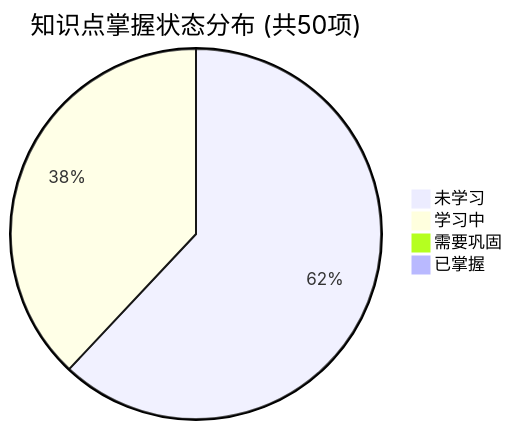
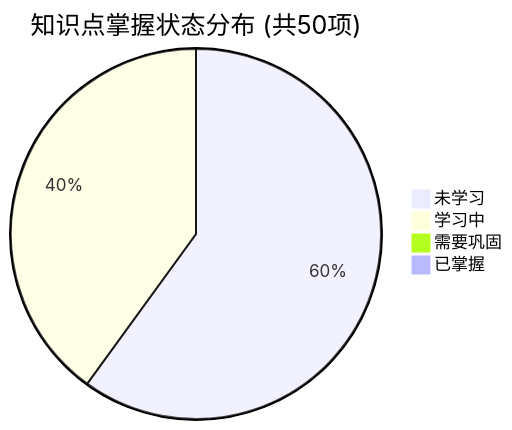
The first of 2 diagrams in PROGRESS.md (tieke1121/tech-interview-knowledge-base), drawn with Mermaid before and after one commit. The commit also changed other lines of this file and 1 other file, not shown here.

Commit message:
feat(day23): add java concurrency juc, aqs state machine & thread pool architecture document

````diff
--- a/PROGRESS.md
+++ b/PROGRESS.md
@@ -23,7 +23,7 @@
 ```mermaid
 pie title 知识点掌握状态分布 (共50项)
-    "未学习" : 31
-    "学习中" : 19
+    "未学习" : 30
+    "学习中" : 20
     "需要巩固" : 0
     "已掌握" : 0
 ```
````
